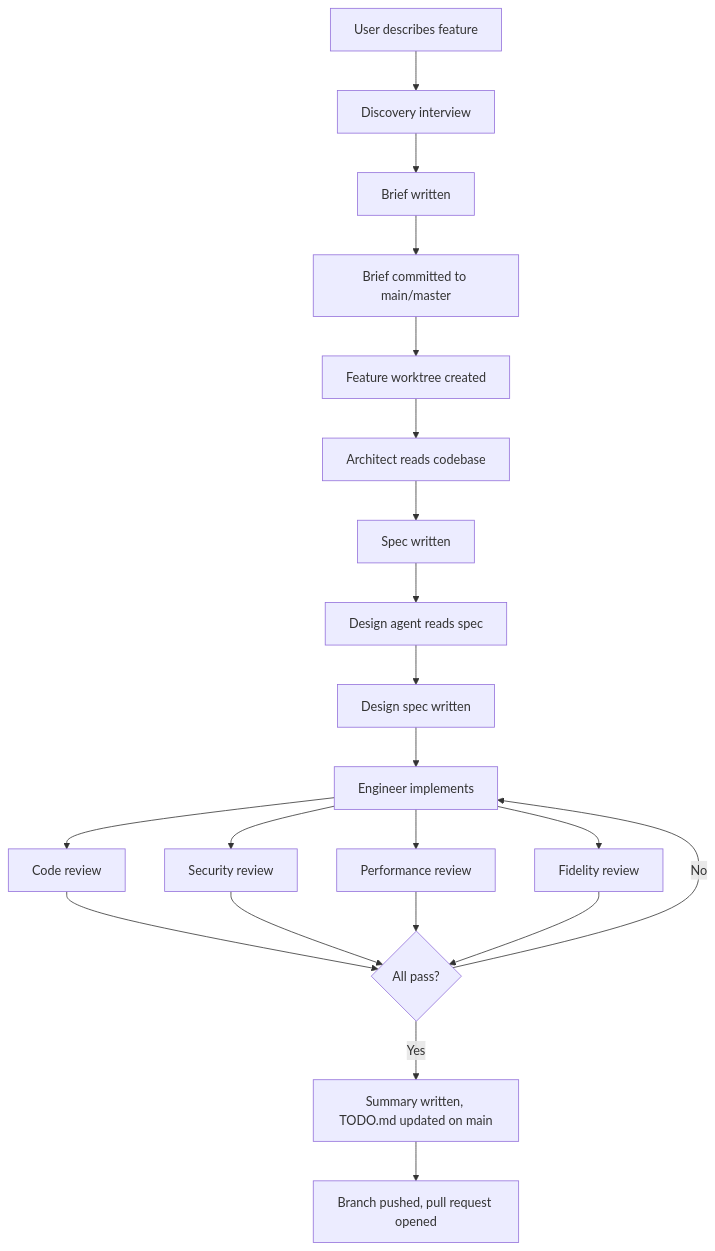
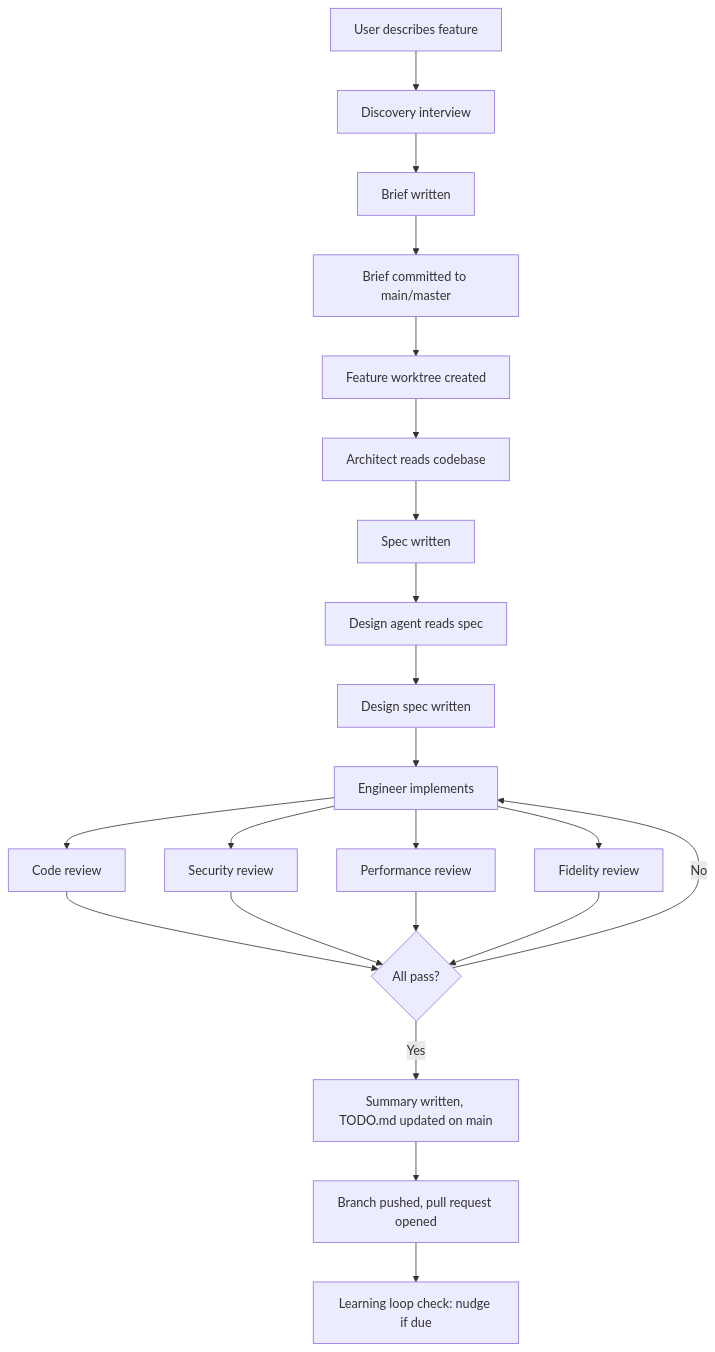
The diagram in docs/pipeline.md (revans/rails-agentic-engineering-team), drawn with Mermaid before and after one commit. The commit also changed other lines of this file and 3 other files, not shown here.

````diff
--- a/docs/pipeline.md
+++ b/docs/pipeline.md
@@ -17,23 +17,24 @@
 ```mermaid
 flowchart TD
     A[User describes feature] --> B[Discovery interview]
     B --> C[Brief written]
     C --> C2[Brief committed to main/master]
     C2 --> C3[Feature worktree created]
     C3 --> D[Architect reads codebase]
     D --> E[Spec written]
     E --> F[Design agent reads spec]
     F --> G[Design spec written]
     G --> H[Engineer implements]
     H --> I[Code review]
     H --> J[Security review]
     H --> K[Performance review]
     H --> N[Fidelity review]
     I --> L{All pass?}
     J --> L
     K --> L
     N --> L
     L -->|Yes| M[Summary written, TODO.md updated on main]
     M --> P[Branch pushed, pull request opened]
+    P --> Q[Learning loop check: nudge if due]
     L -->|No| H
 ```
````
